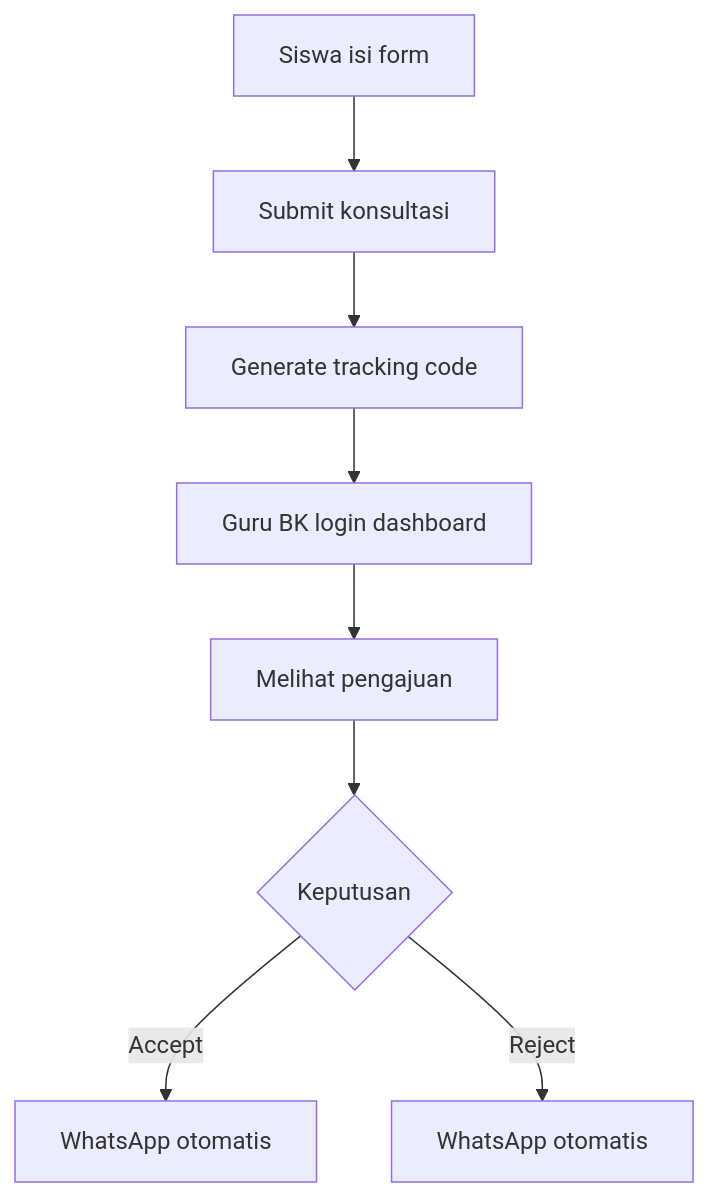
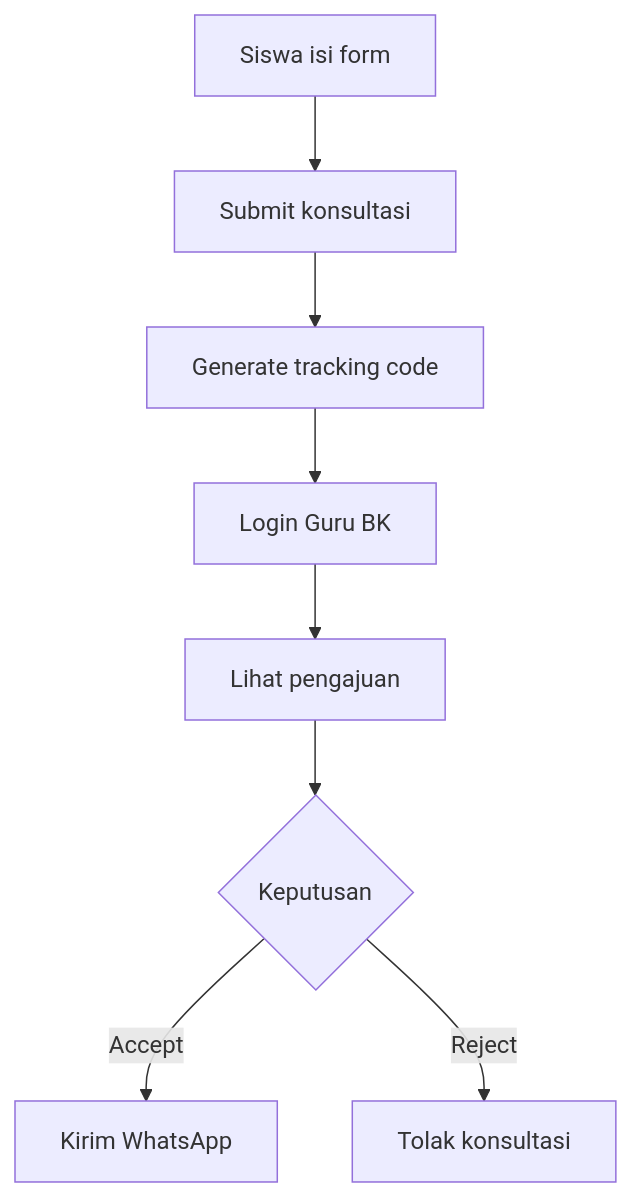
The first of 5 diagrams in README.md (aidilsaputrakirsan-classroom/cc-kelompok-a-suksesss), drawn with Mermaid before and after one commit. The commit also changed other lines of this file, not shown here.

````diff
--- a/README.md
+++ b/README.md
@@ -47,10 +47,10 @@
 ```mermaid
 flowchart TD
     A[Siswa isi form] --> B[Submit konsultasi]
     B --> C[Generate tracking code]
-    C --> D[Guru BK login dashboard]
-    D --> E[Melihat pengajuan]
+    C --> D[Login Guru BK]
+    D --> E[Lihat pengajuan]
     E --> F{Keputusan}
-    F -->|Accept| G[WhatsApp otomatis]
-    F -->|Reject| H[WhatsApp otomatis]
+    F -->|Accept| G[Kirim WhatsApp]
+    F -->|Reject| H[Tolak konsultasi]
 ```
````
